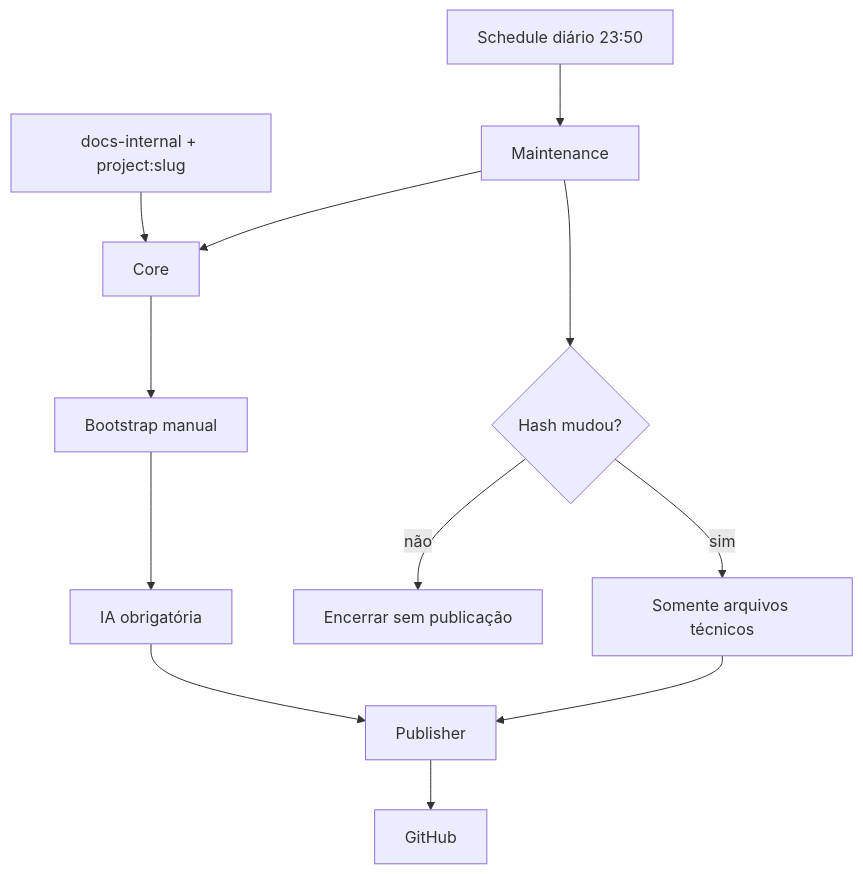
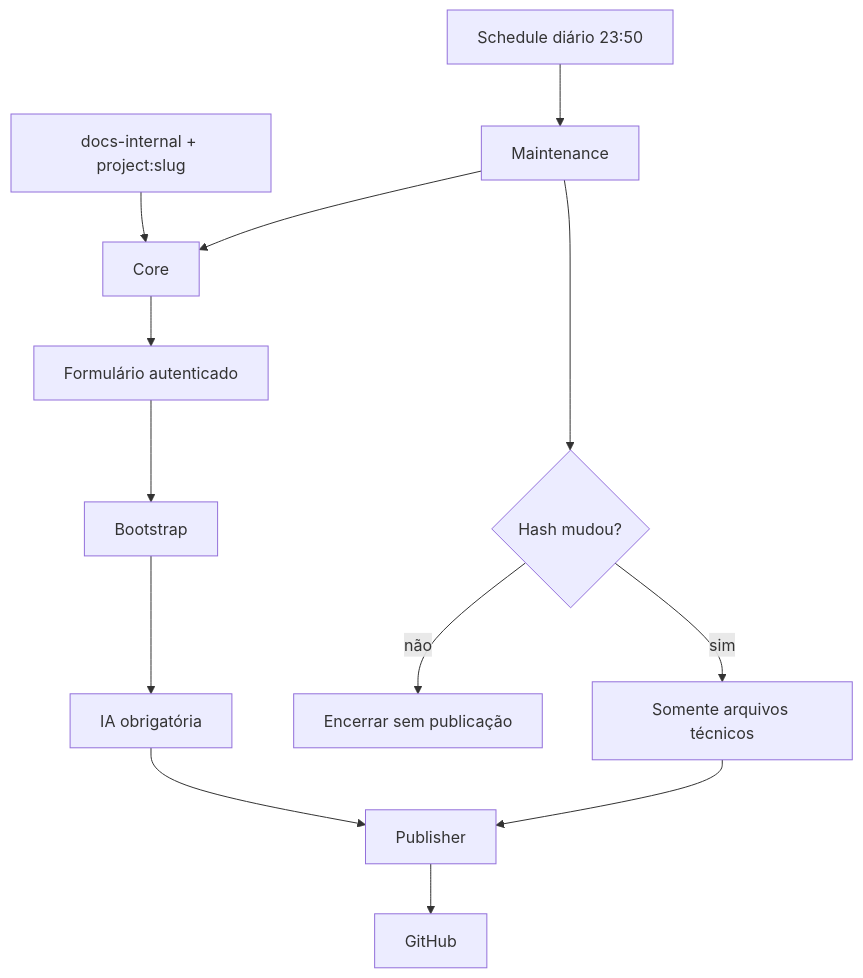
The diagram in README.md (jhvlima/n8n-workflows), drawn with Mermaid before and after one commit. The commit also changed other lines of this file and 12 other files, not shown here.

````diff
--- a/README.md
+++ b/README.md
@@ -21,15 +22,16 @@
 ```mermaid
 flowchart TD
     T[docs-internal + project:slug] --> C[Core]
-    C --> B[Bootstrap manual]
+    C --> F[Formulário autenticado]
+    F --> B[Bootstrap]
     B --> A[IA obrigatória]
     A --> P[Publisher]
     P --> G[GitHub]
 
     S[Schedule diário 23:50] --> M[Maintenance]
     M --> C
     M --> H{Hash mudou?}
     H -->|não| X[Encerrar sem publicação]
     H -->|sim| Q[Somente arquivos técnicos]
     Q --> P
 ```
````
